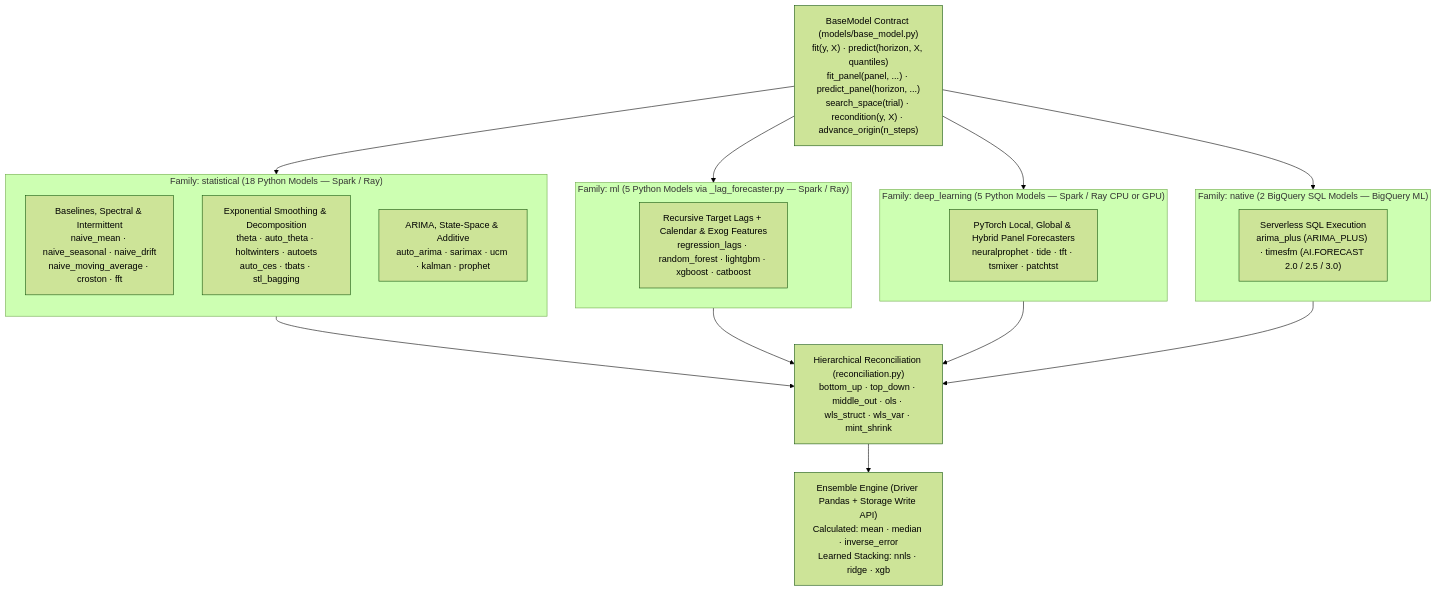
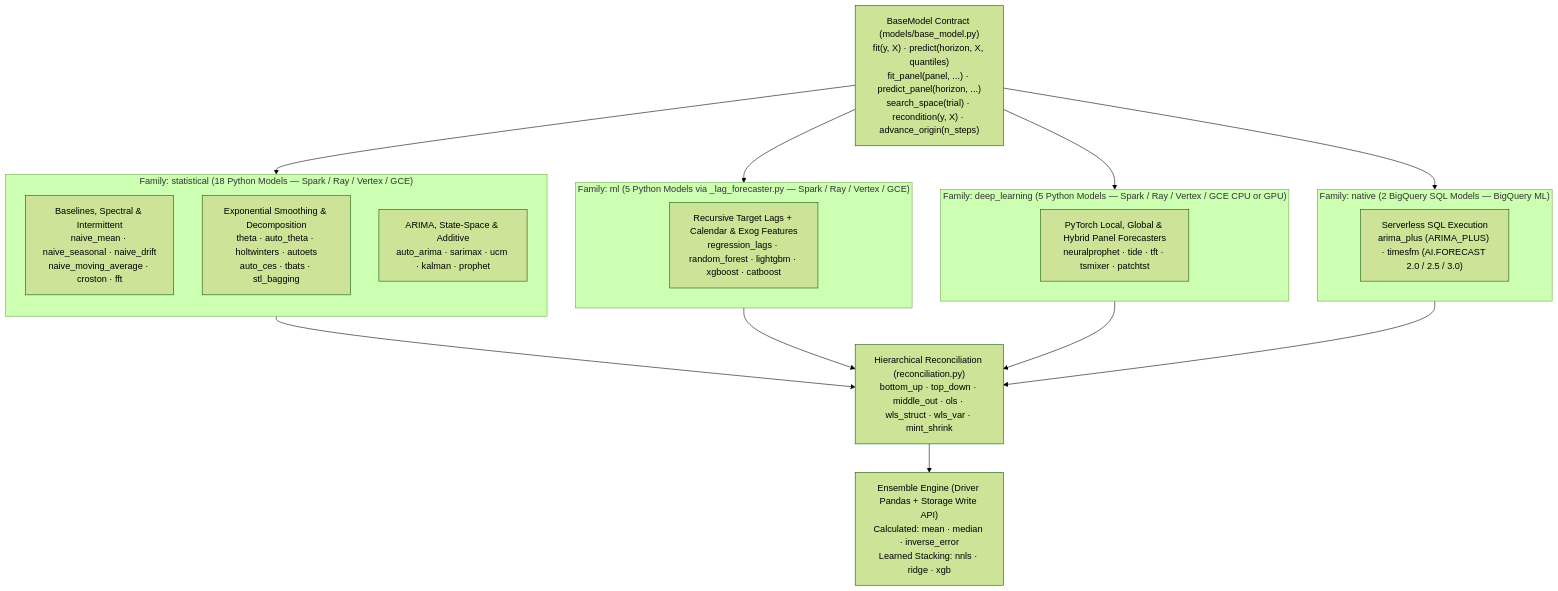
Before and after one commit to statmike/scale-forecasting: the diagram in docs/models_reference.md, drawn with Mermaid (forest theme). The commit also changed other lines of this file and 69 other files, not shown here.

First line of the commit message:
feat(compute): add vertex and gce runtimes, unified compute params, GPU-VM catalog, and AGENTS.md

````diff
--- a/docs/models_reference.md
+++ b/docs/models_reference.md
@@ -7,29 +7,29 @@
 ```mermaid
 flowchart TD
     Base["BaseModel Contract (models/base_model.py)<br/>fit(y, X) · predict(horizon, X, quantiles)<br/>fit_panel(panel, ...) · predict_panel(horizon, ...)<br/>search_space(trial) · recondition(y, X) · advance_origin(n_steps)"]
 
-    subgraph Stat["Family: statistical (18 Python Models — Spark / Ray)"]
+    subgraph Stat["Family: statistical (18 Python Models — Spark / Ray / Vertex / GCE)"]
         direction TB
         S1["Baselines, Spectral & Intermittent<br/>naive_mean · naive_seasonal · naive_drift<br/>naive_moving_average · croston · fft"]
         S2["Exponential Smoothing & Decomposition<br/>theta · auto_theta · holtwinters · autoets<br/>auto_ces · tbats · stl_bagging"]
         S3["ARIMA, State-Space & Additive<br/>auto_arima · sarimax · ucm · kalman · prophet"]
     end
 
-    subgraph ML["Family: ml (5 Python Models via _lag_forecaster.py — Spark / Ray)"]
+    subgraph ML["Family: ml (5 Python Models via _lag_forecaster.py — Spark / Ray / Vertex / GCE)"]
         M1["Recursive Target Lags + Calendar & Exog Features<br/>regression_lags · random_forest · lightgbm · xgboost · catboost"]
     end
 
-    subgraph DL["Family: deep_learning (5 Python Models — Spark / Ray CPU or GPU)"]
+    subgraph DL["Family: deep_learning (5 Python Models — Spark / Ray / Vertex / GCE CPU or GPU)"]
         D1["PyTorch Local, Global & Hybrid Panel Forecasters<br/>neuralprophet · tide · tft · tsmixer · patchtst"]
     end
 
     subgraph Nat["Family: native (2 BigQuery SQL Models — BigQuery ML)"]
         N1["Serverless SQL Execution<br/>arima_plus (ARIMA_PLUS) · timesfm (AI.FORECAST 2.0 / 2.5 / 3.0)"]
     end
 
     Rec["Hierarchical Reconciliation (reconciliation.py)<br/>bottom_up · top_down · middle_out · ols · wls_struct · wls_var · mint_shrink"]
     Ens["Ensemble Engine (Driver Pandas + Storage Write API)<br/>Calculated: mean · median · inverse_error<br/>Learned Stacking: nnls · ridge · xgb"]
 
     Base --> Stat & ML & DL & Nat
     Stat & ML & DL & Nat --> Rec --> Ens
 ```
````
